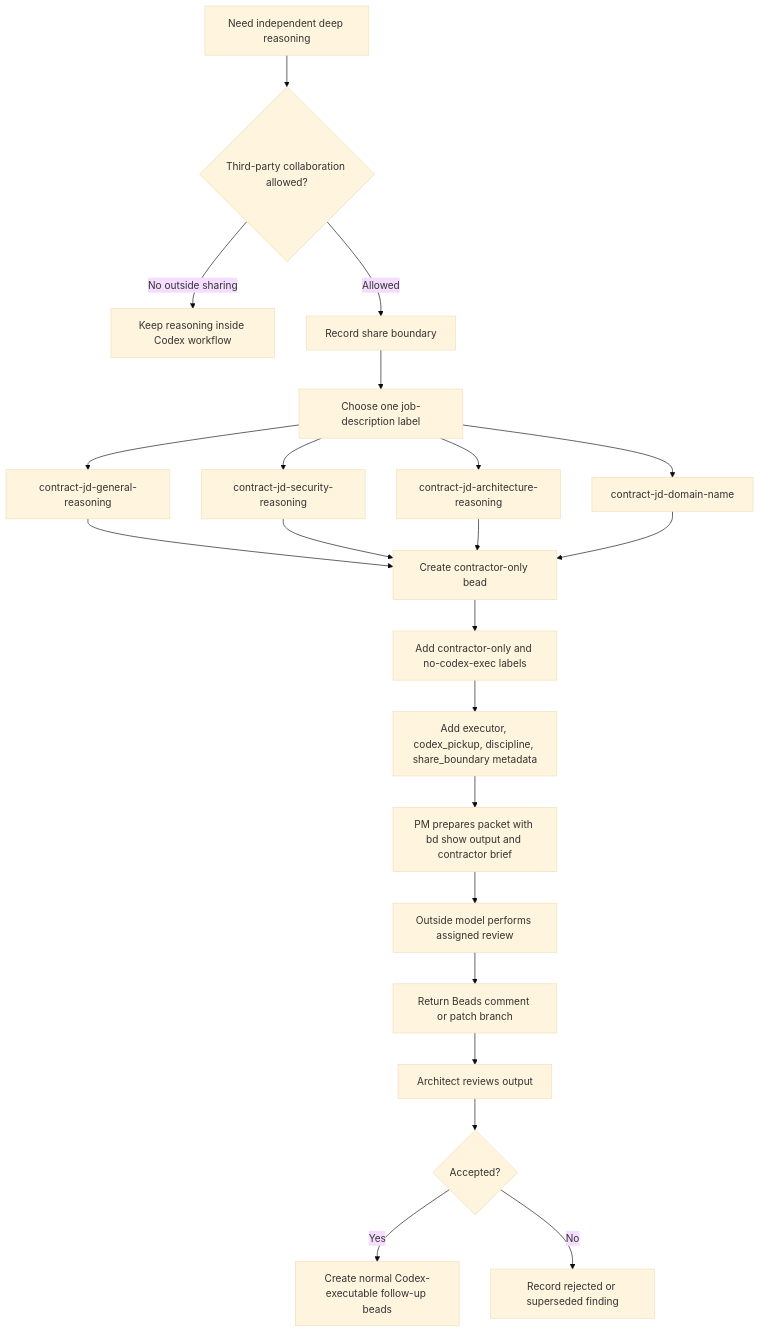
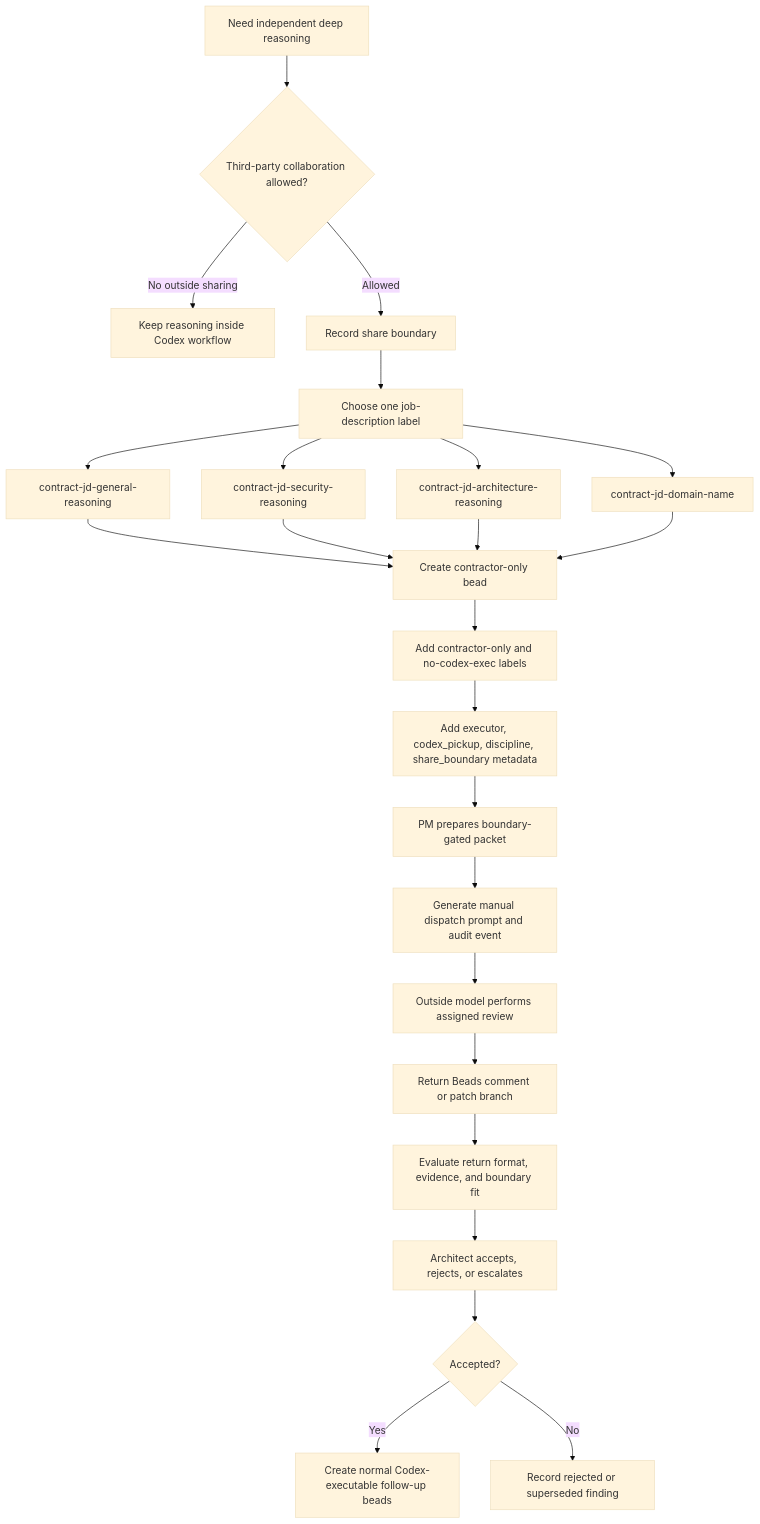
Before and after one commit to gprocunier/complex-work-orchestration: the fourth of 5 diagrams in README.md, drawn with Mermaid (base theme). The commit also changed other lines of this file and 55 other files, not shown here.

````diff
--- a/README.md
+++ b/README.md
@@ -189,27 +201,29 @@
 ```mermaid
 flowchart TD
     Need[Need independent deep reasoning] --> OptIn{Third-party collaboration allowed?}
     OptIn -->|No outside sharing| Internal[Keep reasoning inside Codex workflow]
     OptIn -->|Allowed| Boundary[Record share boundary]
 
     Boundary --> JD[Choose one job-description label]
     JD --> General[contract-jd-general-reasoning]
     JD --> Security[contract-jd-security-reasoning]
     JD --> Architecture[contract-jd-architecture-reasoning]
     JD --> Specialist[contract-jd-domain-name]
 
     General --> Create[Create contractor-only bead]
     Security --> Create
     Architecture --> Create
     Specialist --> Create
 
     Create --> Guard[Add contractor-only and no-codex-exec labels]
     Guard --> Metadata[Add executor, codex_pickup, discipline, share_boundary metadata]
-    Metadata --> PMPacket[PM prepares packet with bd show output and contractor brief]
-    PMPacket --> Outside[Outside model performs assigned review]
+    Metadata --> PMPacket[PM prepares boundary-gated packet]
+    PMPacket --> Dispatch[Generate manual dispatch prompt and audit event]
+    Dispatch --> Outside[Outside model performs assigned review]
     Outside --> Return[Return Beads comment or patch branch]
-    Return --> Architect[Architect reviews output]
+    Return --> Evaluate[Evaluate return format, evidence, and boundary fit]
+    Evaluate --> Architect[Architect accepts, rejects, or escalates]
     Architect --> Accepted{Accepted?}
     Accepted -->|Yes| Followup[Create normal Codex-executable follow-up beads]
     Accepted -->|No| CloseLoop[Record rejected or superseded finding]
 ```
````
